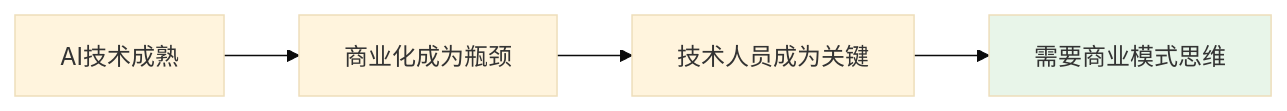
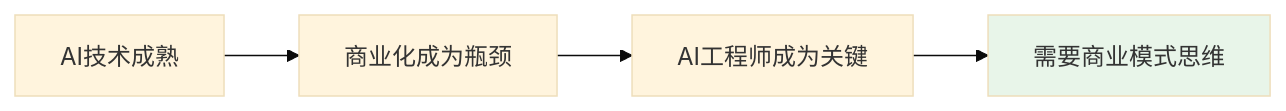
One commit to Deepractice/COSE changed the first of 4 diagrams in README.md. Above: the diagram before and after it, drawn with Mermaid (base theme). The commit also changed other lines of this file and 15 other files, not shown here.

````diff
--- a/README.md
+++ b/README.md
@@ -15,8 +15,8 @@
 ```mermaid
 graph LR
     A[AI技术成熟] --> B[商业化成为瓶颈]
-    B --> C[技术人员成为关键]
+    B --> C[AI工程师成为关键]
     C --> D[需要商业模式思维]
     
     style D fill:#e8f5e9
 ```
````
